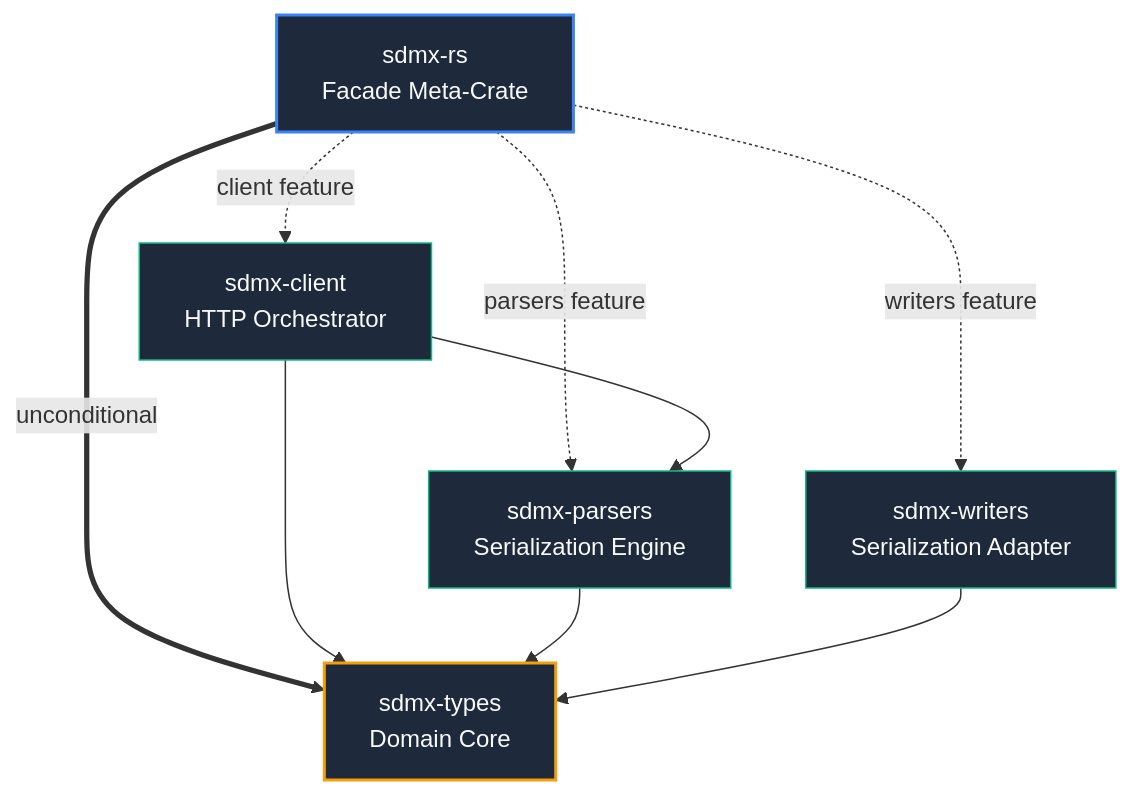
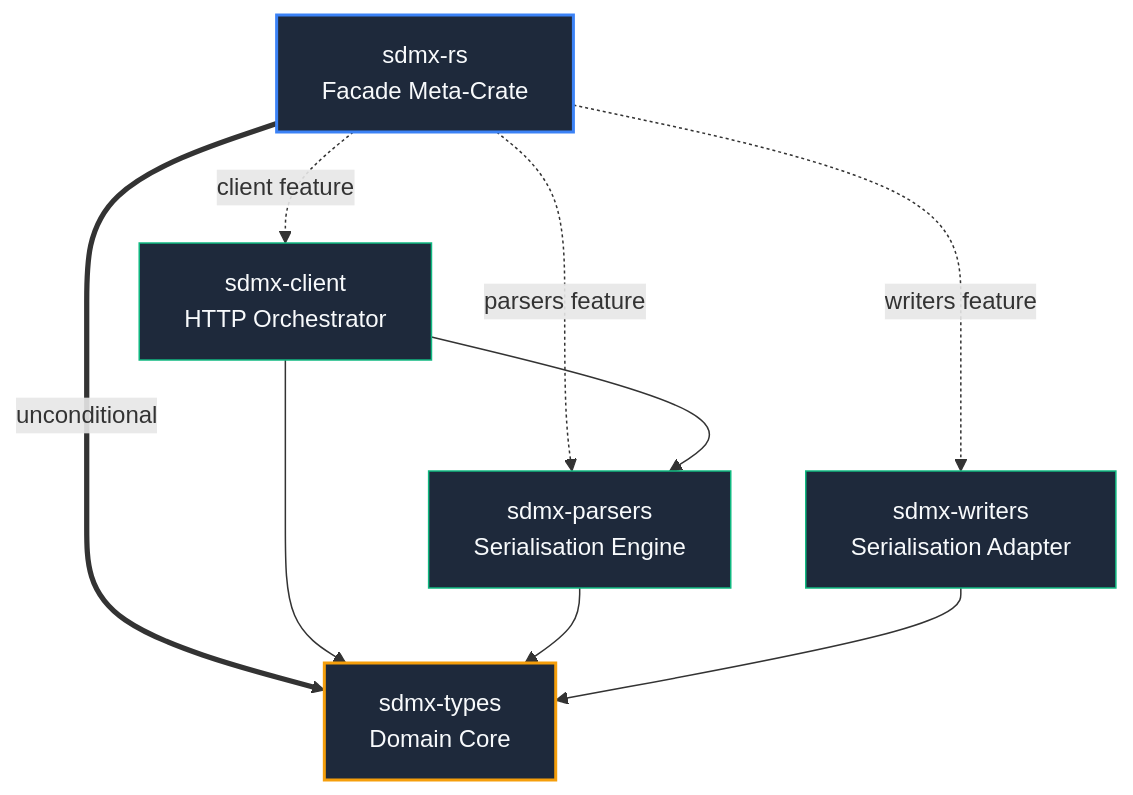
Before and after one commit to dgalbraith/sdmx-rs: the diagram in ARCHITECTURE.md, drawn with Mermaid. The commit also changed other lines of this file and 109 other files, not shown here.

````diff
--- a/ARCHITECTURE.md
+++ b/ARCHITECTURE.md
@@ -13,22 +13,22 @@
 ```mermaid
 graph TD
     Facade[sdmx-rs <br/> Facade Meta-Crate]:::facade
     Client[sdmx-client <br/> HTTP Orchestrator]:::feature
-    Parsers[sdmx-parsers <br/> Serialization Engine]:::feature
-    Writers[sdmx-writers <br/> Serialization Adapter]:::feature
+    Parsers[sdmx-parsers <br/> Serialisation Engine]:::feature
+    Writers[sdmx-writers <br/> Serialisation Adapter]:::feature
     Types[sdmx-types <br/> Domain Core]:::core
 
     Facade -.->|client feature| Client
     Facade -.->|parsers feature| Parsers
     Facade -.->|writers feature| Writers
     Facade ===>|unconditional| Types
 
     Client --> Parsers
     Client --> Types
     Parsers --> Types
     Writers --> Types
 
     classDef facade fill:#1e293b,stroke:#3b82f6,stroke-width:2px,color:#f8fafc;
     classDef core fill:#1e293b,stroke:#f59e0b,stroke-width:2px,color:#f8fafc;
     classDef feature fill:#1e293b,stroke:#10b981,stroke-width:1px,color:#f8fafc;
 ```
````
